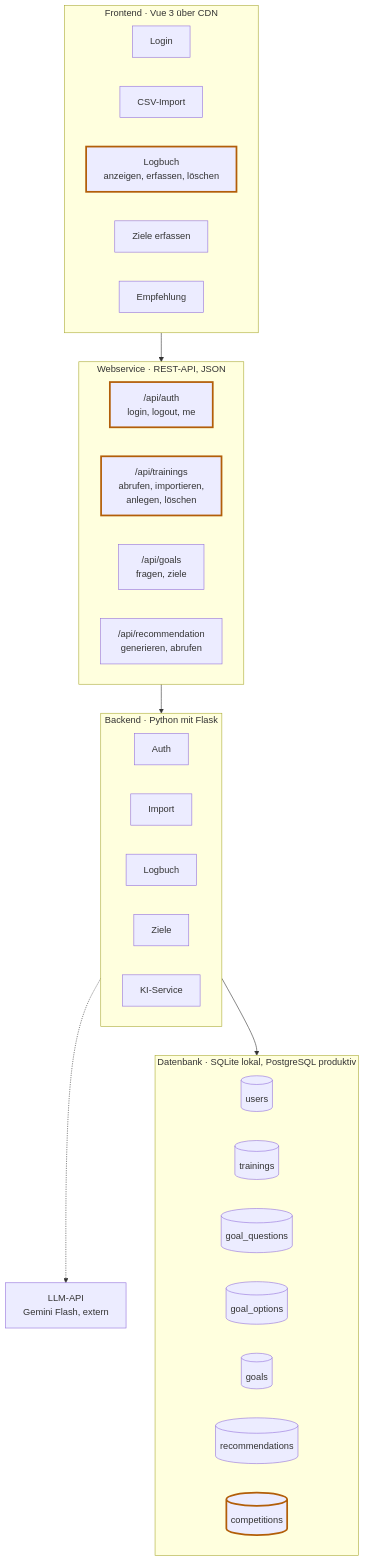
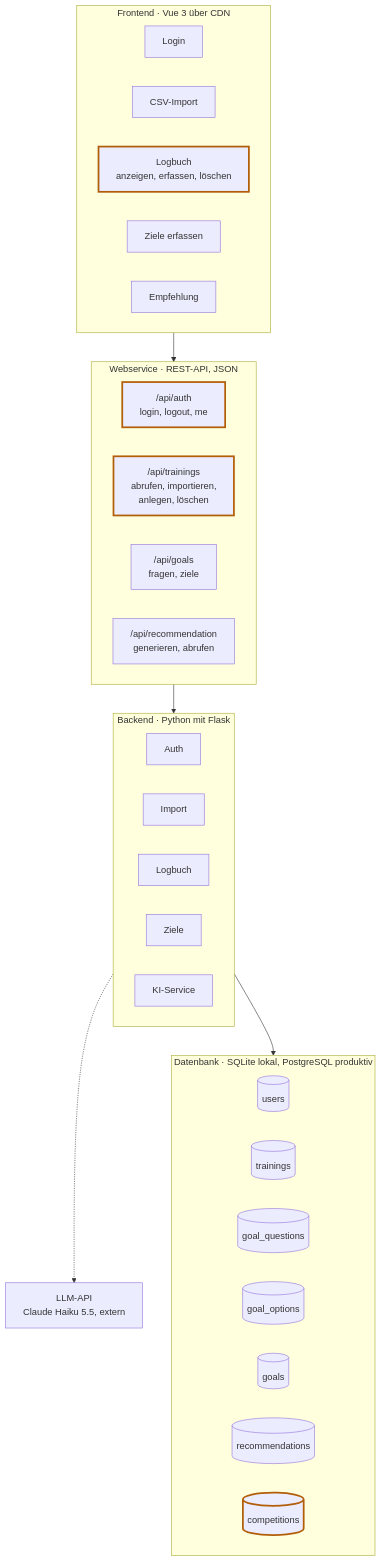
Before and after one commit to c-marija/webapp_trainingsanalyse: the diagram in docs/architektur.md, drawn with Mermaid. The commit also changed other lines of this file and 7 other files, not shown here.

First line of the commit message:
KI-Anbieter: Claude Haiku 5.5 statt Gemini (ADR 0004)

````diff
--- a/docs/architektur.md
+++ b/docs/architektur.md
@@ -14,49 +14,49 @@
 ```mermaid
 flowchart TB
     subgraph FE["Frontend · Vue 3 über CDN"]
         direction LR
         F1["Login"]
         F2["CSV-Import"]
         F3["Logbuch<br/>anzeigen, erfassen, löschen"]
         F4["Ziele erfassen"]
         F5["Empfehlung"]
     end
 
     subgraph API["Webservice · REST-API, JSON"]
         direction LR
         A1["/api/auth<br/>login, logout, me"]
         A2["/api/trainings<br/>abrufen, importieren,<br/>anlegen, löschen"]
         A3["/api/goals<br/>fragen, ziele"]
         A4["/api/recommendation<br/>generieren, abrufen"]
     end
 
     subgraph BE["Backend · Python mit Flask"]
         direction LR
         B1["Auth"]
         B2["Import"]
         B3["Logbuch"]
         B4["Ziele"]
         B5["KI-Service"]
     end
 
     subgraph DB["Datenbank · SQLite lokal, PostgreSQL produktiv"]
         direction LR
         D1[("users")]
         D2[("trainings")]
         D3[("goal_questions")]
         D4[("goal_options")]
         D5[("goals")]
         D6[("recommendations")]
         D7[("competitions")]
     end
 
-    LLM["LLM-API<br/>Gemini Flash, extern"]
+    LLM["LLM-API<br/>Claude Haiku 5.5, extern"]
 
     FE --> API
     API --> BE
     BE --> DB
     B5 -.-> LLM
 
     classDef geaendert stroke:#b25e09,stroke-width:3px
     class F3,A1,A2,D7 geaendert
 ```
````
